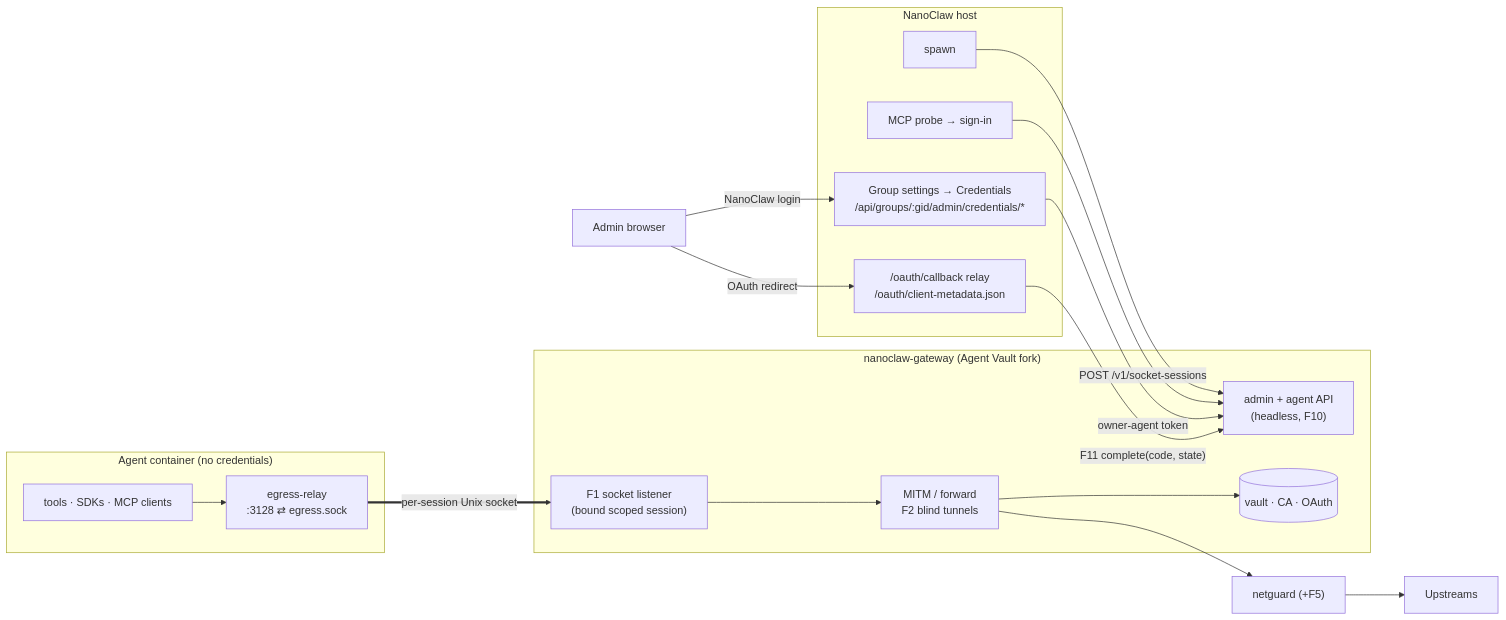
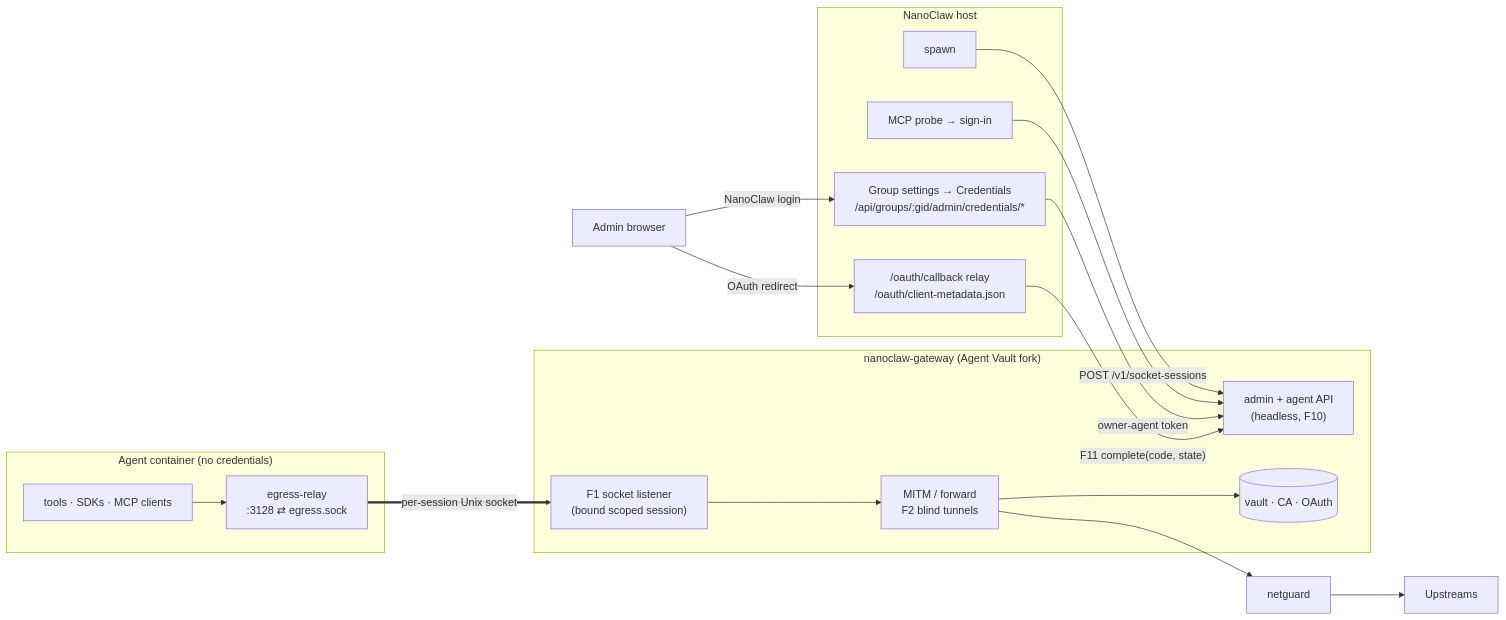
Before and after one commit to dtreskunov/bananaclaw: the diagram in docs/credential-gateway-agent-vault-fork-proposal.md, drawn with Mermaid. The commit also changed other lines of this file and 10 other files, not shown here.

````diff
--- a/docs/credential-gateway-agent-vault-fork-proposal.md
+++ b/docs/credential-gateway-agent-vault-fork-proposal.md
@@ -86,25 +90,25 @@
 ```mermaid
 flowchart LR
   subgraph C["Agent container (no credentials)"]
     T["tools · SDKs · MCP clients"] --> R["egress-relay<br/>:3128 ⇄ egress.sock"]
   end
   subgraph H["NanoClaw host"]
     S["spawn"]
     PR["MCP probe → sign-in"]
     GS["Group settings → Credentials<br/>/api/groups/:gid/admin/credentials/*"]
     CB["/oauth/callback relay<br/>/oauth/client-metadata.json"]
   end
   subgraph AV["nanoclaw-gateway (Agent Vault fork)"]
     SL["F1 socket listener<br/>(bound scoped session)"]
     M["MITM / forward<br/>F2 blind tunnels"]
     API["admin + agent API<br/>(headless, F10)"]
     VT[("vault · CA · OAuth")]
   end
   S -- "POST /v1/socket-sessions" --> API
   R == "per-session Unix socket" ==> SL --> M --> VT
-  M --> NG["netguard (+F5)"] --> UP["Upstreams"]
+  M --> NG["netguard"] --> UP["Upstreams"]
   PR --> API
   B["Admin browser"] -- "NanoClaw login" --> GS
   GS -- "owner-agent token" --> API
   B -- "OAuth redirect" --> CB -- "F11 complete(code, state)" --> API
 ```
````
